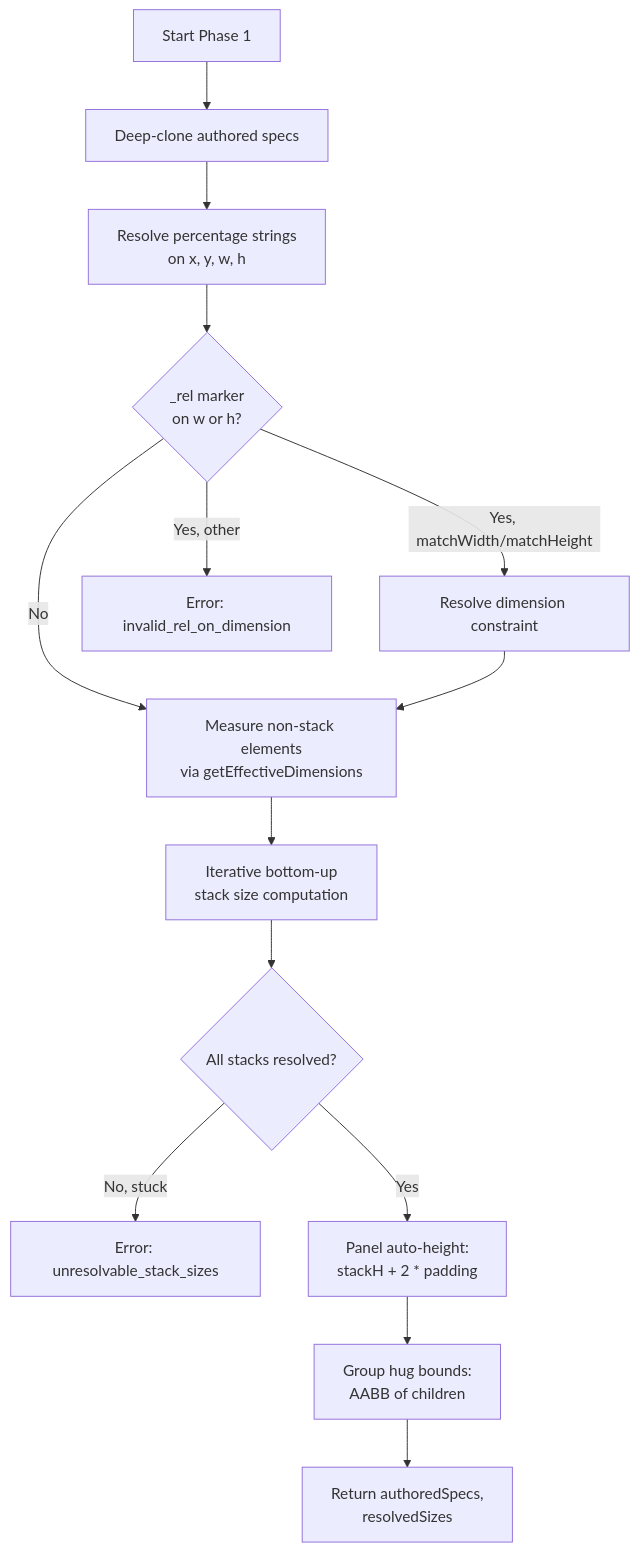
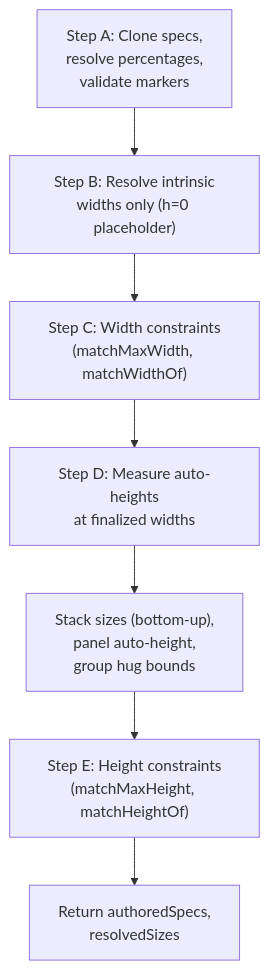
One commit to cabird/slidekit changed the sixth of 14 diagrams in docs/for_devs/ARCHITECTURE.md. Above: the diagram before and after it, drawn with Mermaid. The commit also changed other lines of this file and 10 other files, not shown here.

````diff
--- a/docs/for_devs/ARCHITECTURE.md
+++ b/docs/for_devs/ARCHITECTURE.md
@@ -288,16 +298,9 @@
 ```mermaid
 flowchart TD
-    A[Start Phase 1] --> B[Deep-clone authored specs]
-    B --> C[Resolve percentage strings<br/>on x, y, w, h]
-    C --> D{_rel marker<br/>on w or h?}
-    D -->|Yes, matchWidth/matchHeight| D2[Resolve dimension constraint]
-    D -->|Yes, other| E[Error: invalid_rel_on_dimension]
-    D -->|No| F[Measure non-stack elements<br/>via getEffectiveDimensions]
-    D2 --> F
-    F --> G[Iterative bottom-up<br/>stack size computation]
-    G --> H{All stacks resolved?}
-    H -->|No, stuck| I[Error: unresolvable_stack_sizes]
-    H -->|Yes| J[Panel auto-height:<br/>stackH + 2 * padding]
-    J --> K["Group hug bounds:<br/>AABB of children"]
-    K --> L[Return authoredSpecs,<br/>resolvedSizes]
+    A["Step A: Clone specs,<br/>resolve percentages,<br/>validate markers"] --> B["Step B: Resolve intrinsic<br/>widths only (h=0 placeholder)"]
+    B --> C["Step C: Width constraints<br/>(matchMaxWidth, matchWidthOf)"]
+    C --> D["Step D: Measure auto-heights<br/>at finalized widths"]
+    D --> D2["Stack sizes (bottom-up),<br/>panel auto-height,<br/>group hug bounds"]
+    D2 --> E["Step E: Height constraints<br/>(matchMaxHeight, matchHeightOf)"]
+    E --> F[Return authoredSpecs,<br/>resolvedSizes]
 ```
````
